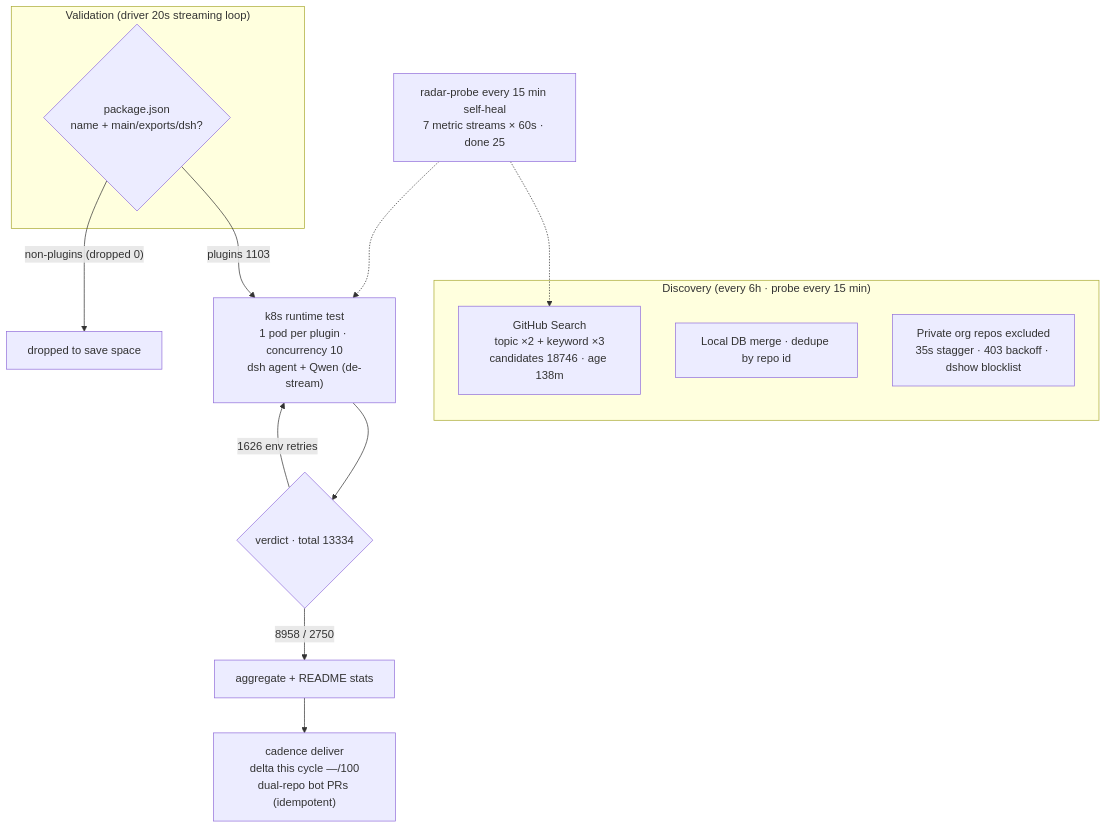
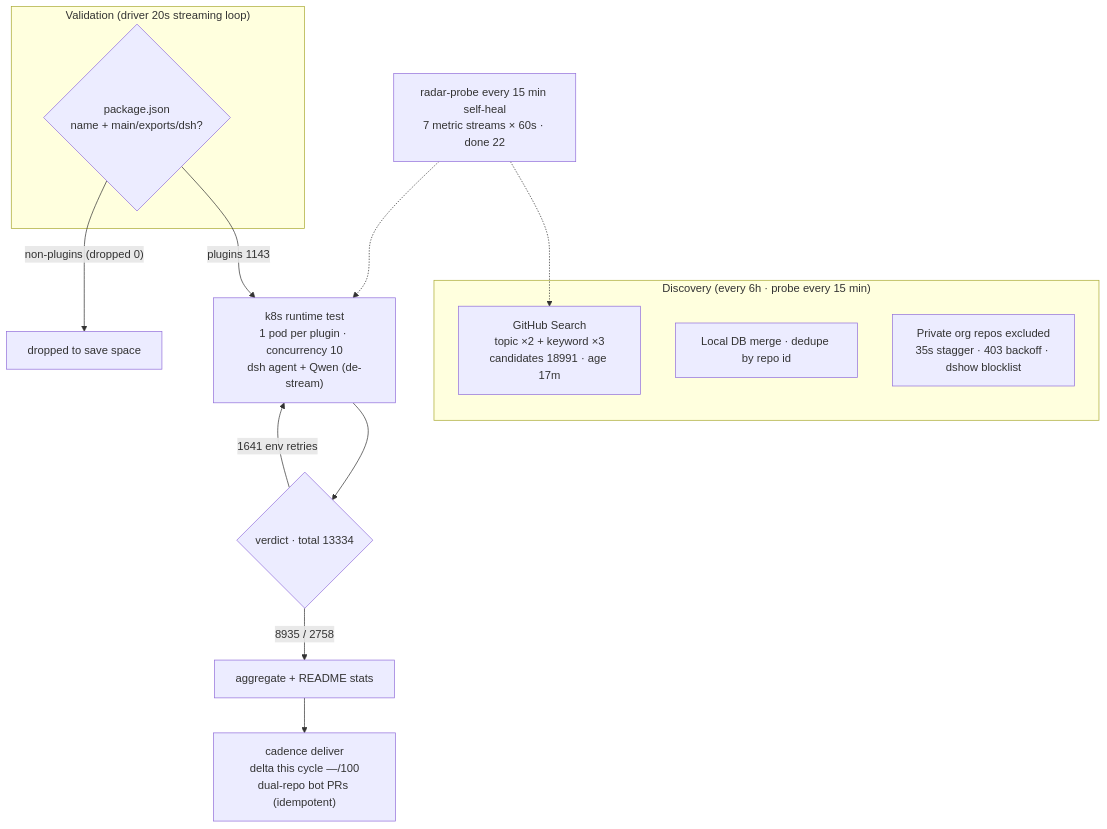
One commit to Zhidao-Lab-OSS/awesome-dsh-plugins changed the diagram in README.en-US.md. Above: the diagram before and after it, drawn with Mermaid. The commit also changed other lines of this file and 1 other file, not shown here.

````diff
--- a/README.en-US.md
+++ b/README.en-US.md
@@ -45,20 +45,20 @@
 ```mermaid
 flowchart TB
     subgraph Discovery["Discovery (every 6h · probe every 15 min)"]
-        A1["GitHub Search<br/>topic ×2 + keyword ×3<br/>candidates 18746 · age 138m"]
+        A1["GitHub Search<br/>topic ×2 + keyword ×3<br/>candidates 18991 · age 17m"]
         A2["Local DB merge · dedupe by repo id"]
         A3["Private org repos excluded<br/>35s stagger · 403 backoff · dshow blocklist"]
     end
     subgraph Validation["Validation (driver 20s streaming loop)"]
         B1{"package.json<br/>name + main/exports/dsh?"}
     end
-    B1 -->|"plugins 1103"| C1["k8s runtime test<br/>1 pod per plugin · concurrency 10<br/>dsh agent + Qwen (de-stream)"]
+    B1 -->|"plugins 1143"| C1["k8s runtime test<br/>1 pod per plugin · concurrency 10<br/>dsh agent + Qwen (de-stream)"]
     B1 -->|"non-plugins (dropped 0)"| B3["dropped to save space"]
     C1 --> D1{"verdict · total 13334"}
-    D1 -->|"8958 / 2750"| E1["aggregate + README stats"]
-    D1 -->|"1626 env retries"| C1
+    D1 -->|"8935 / 2758"| E1["aggregate + README stats"]
+    D1 -->|"1641 env retries"| C1
     E1 --> E2["cadence deliver<br/>delta this cycle —/100<br/>dual-repo bot PRs (idempotent)"]
-    M["radar-probe every 15 min self-heal<br/>7 metric streams × 60s · done 25"]
+    M["radar-probe every 15 min self-heal<br/>7 metric streams × 60s · done 22"]
     M -.-> A1
     M -.-> C1
 ```
````
